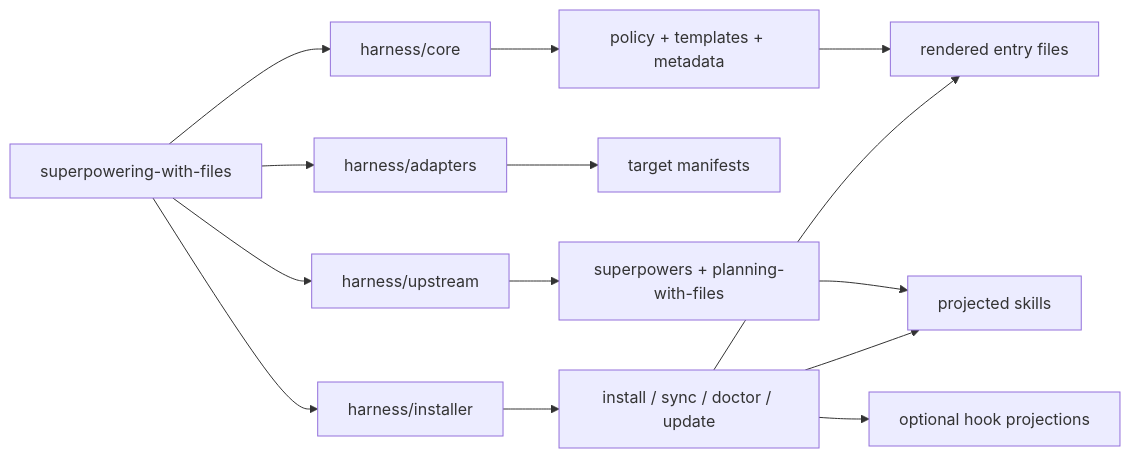
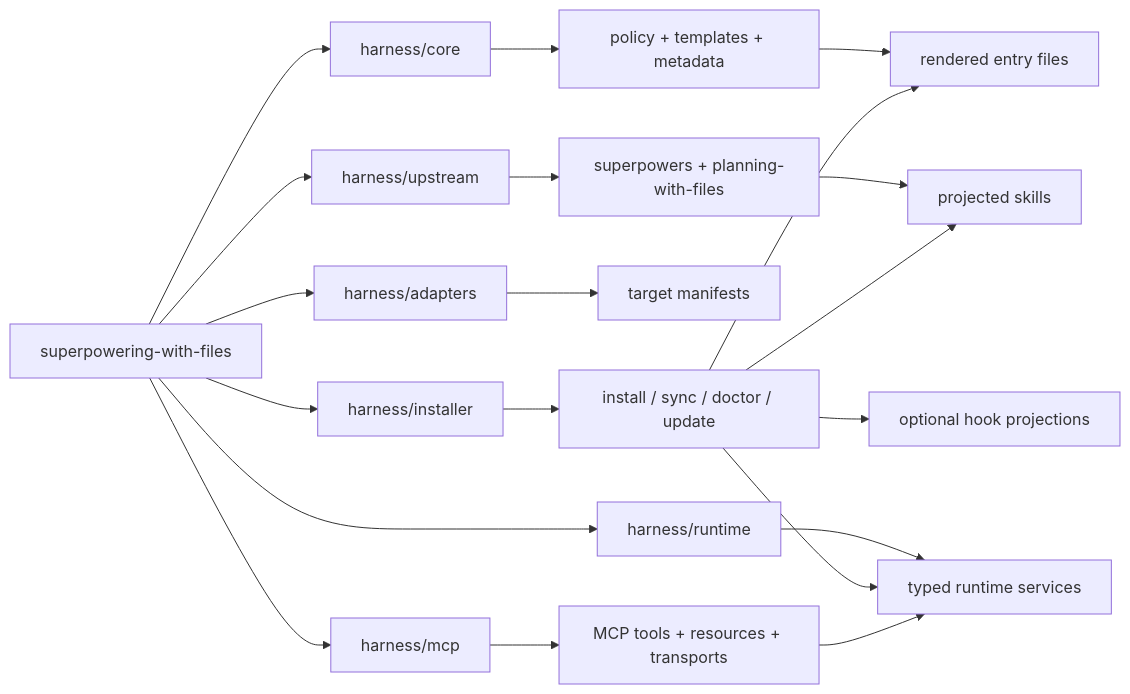
One commit to ilderaj/superpowering-with-files changed the second of 2 diagrams in README.md. Above: the diagram before and after it, drawn with Mermaid. The commit also changed other lines of this file and 53 other files, not shown here.

Commit message:
feat(mcp): add harness runtime facade

````diff
--- a/README.md
+++ b/README.md
@@ -113,18 +113,24 @@
 ```mermaid
 flowchart LR
 	Repo["superpowering-with-files"] --> Core["harness/core"]
 	Repo --> Adapters["harness/adapters"]
 	Repo --> Installer["harness/installer"]
+	Repo --> Runtime["harness/runtime"]
+	Repo --> MCP["harness/mcp"]
 	Repo --> Upstream["harness/upstream"]
 
 	Core --> Policy["policy + templates + metadata"]
 	Adapters --> Manifests["target manifests"]
 	Installer --> Sync["install / sync / doctor / update"]
+	Runtime --> Services["typed runtime services"]
+	MCP --> Facade["MCP tools + resources + transports"]
 	Upstream --> Baselines["superpowers + planning-with-files"]
 
 	Policy --> Entries["rendered entry files"]
 	Baselines --> Skills["projected skills"]
 	Sync --> Entries
 	Sync --> Skills
 	Sync --> Hooks["optional hook projections"]
+	Sync --> Services
+	Facade --> Services
 ```
````
